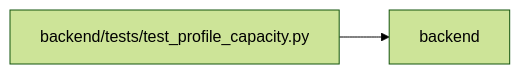
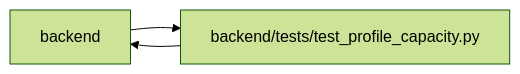
One commit to Denissvgn/WorkChord changed the diagram in docs/llm_wiki/modules/test_profile_capacity.md. Above: the diagram before and after it, drawn with Mermaid (forest theme). The commit also changed other lines of this file and 10148 other files, not shown here.

````diff
--- a/docs/llm_wiki/modules/test_profile_capacity.md
+++ b/docs/llm_wiki/modules/test_profile_capacity.md
@@ -40,7 +41,8 @@
 ```mermaid
 flowchart LR
     n0["backend"]
     n1["backend/tests/test_profile_capacity.py"]
+    n0 --> n1
     n1 --> n0
     click n1 "../modules/test_profile_capacity.md"
 ```
````
